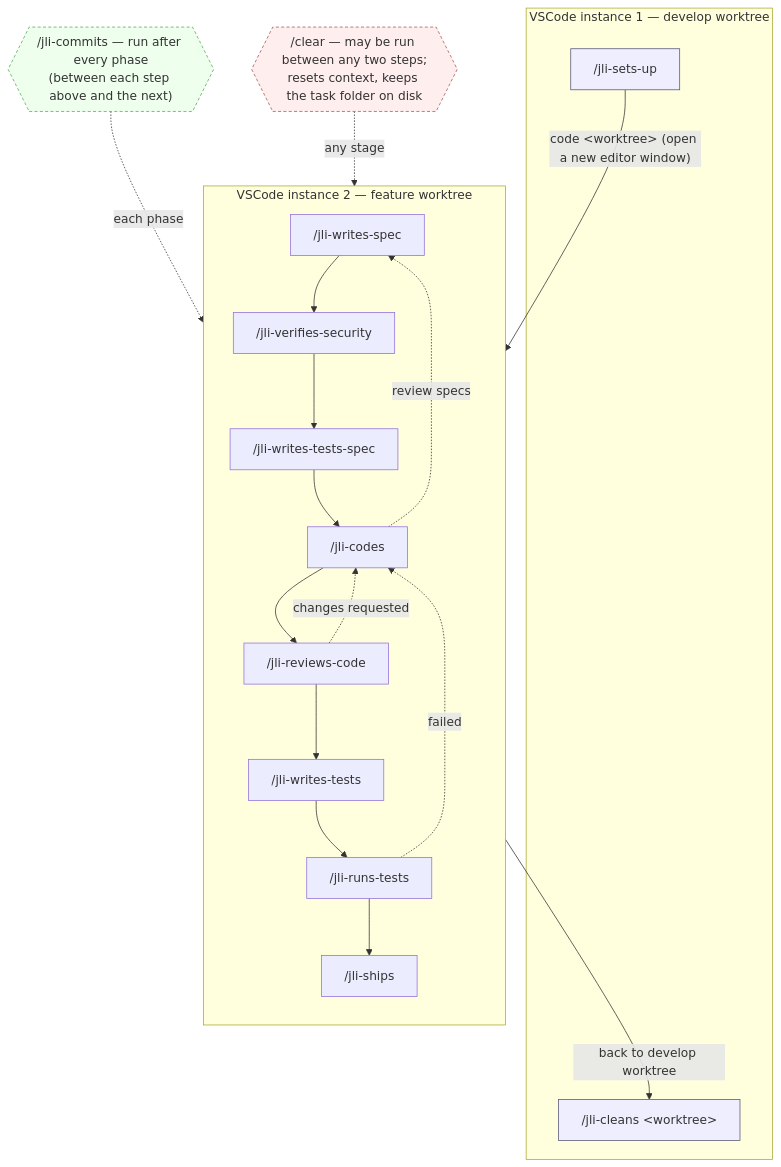
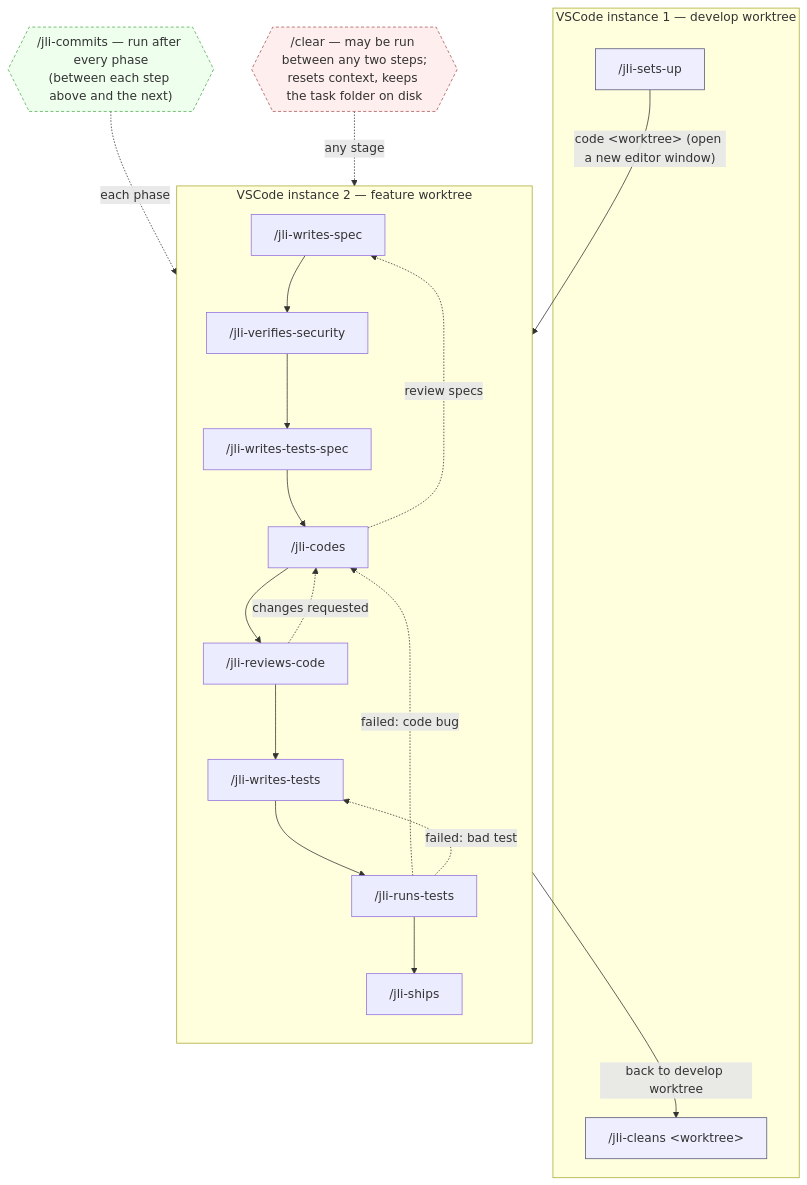
One commit to JeremieLitzler/SocialMediaPublisherApp changed the diagram in AGENT-COMMAND-MIGRATION.md. Above: the diagram before and after it, drawn with Mermaid. The commit also changed other lines of this file and 2 other files, not shown here.

Commit message:
ci(commands): split the test-failure loop-back into code vs test
A failed test run can mean the code is wrong or the test is wrong. Route
the loop-back to /jli-codes for a code bug and to /jli-writes-tests for a
bad assertion, in the diagram, the loop-back list, the jli-runs-tests
Next hint, and jli-writes-tests (which now reads test-results.md on the
loop-back).

````diff
--- a/AGENT-COMMAND-MIGRATION.md
+++ b/AGENT-COMMAND-MIGRATION.md
@@ -70,38 +70,39 @@
 ```mermaid
 flowchart TD
     subgraph INST1["VSCode instance 1 — develop worktree"]
         setup["/jli-sets-up"]
         cleanup["/jli-cleans &lt;worktree&gt;"]
     end
 
     subgraph INST2["VSCode instance 2 — feature worktree"]
         direction TB
         spec["/jli-writes-spec"] --> sec["/jli-verifies-security"]
         sec --> tw1["/jli-writes-tests-spec"]
         tw1 --> code["/jli-codes"]
         code --> review["/jli-reviews-code"]
         review --> tw2["/jli-writes-tests"]
         tw2 --> trun["/jli-runs-tests"]
         trun --> ship["/jli-ships"]
     end
 
     setup -->|"code &lt;worktree&gt; (open a new editor window)"| spec
     ship -->|"back to develop worktree"| cleanup
 
     review -. "changes requested" .-> code
-    trun -. "failed" .-> code
+    trun -. "failed: code bug" .-> code
+    trun -. "failed: bad test" .-> tw2
     code -. "review specs" .-> spec
 
     commit{{"/jli-commits — run after every phase<br/>(between each step above and the next)"}}
     commit -. "each phase" .-> INST2
 
     clear{{"/clear — may be run between any two steps;<br/>resets context, keeps the task folder on disk"}}
     clear -. "any stage" .-> INST2
 
     classDef editor fill:#eef,stroke:#557,stroke-width:1px;
     classDef note fill:#efe,stroke:#5a5,stroke-width:1px,stroke-dasharray:4 3;
     classDef reset fill:#fee,stroke:#a55,stroke-width:1px,stroke-dasharray:4 3;
     class setup,cleanup editor;
     class commit note;
     class clear reset;
 ```
````
